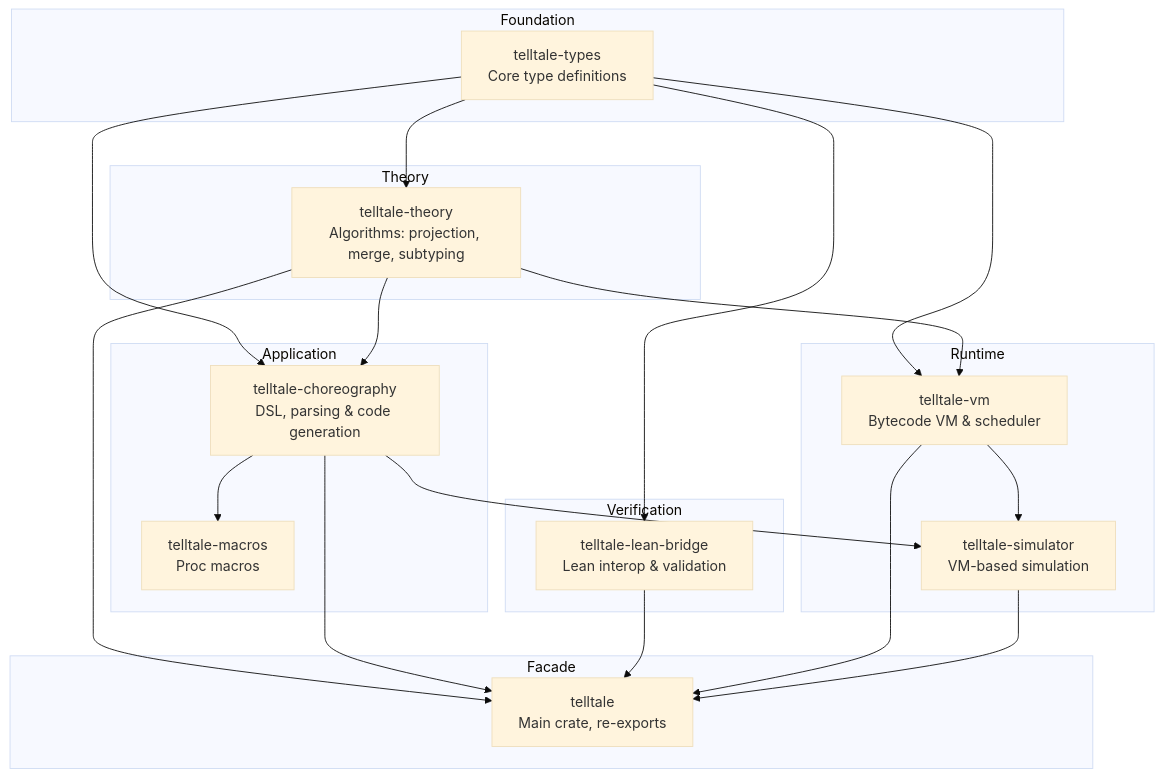
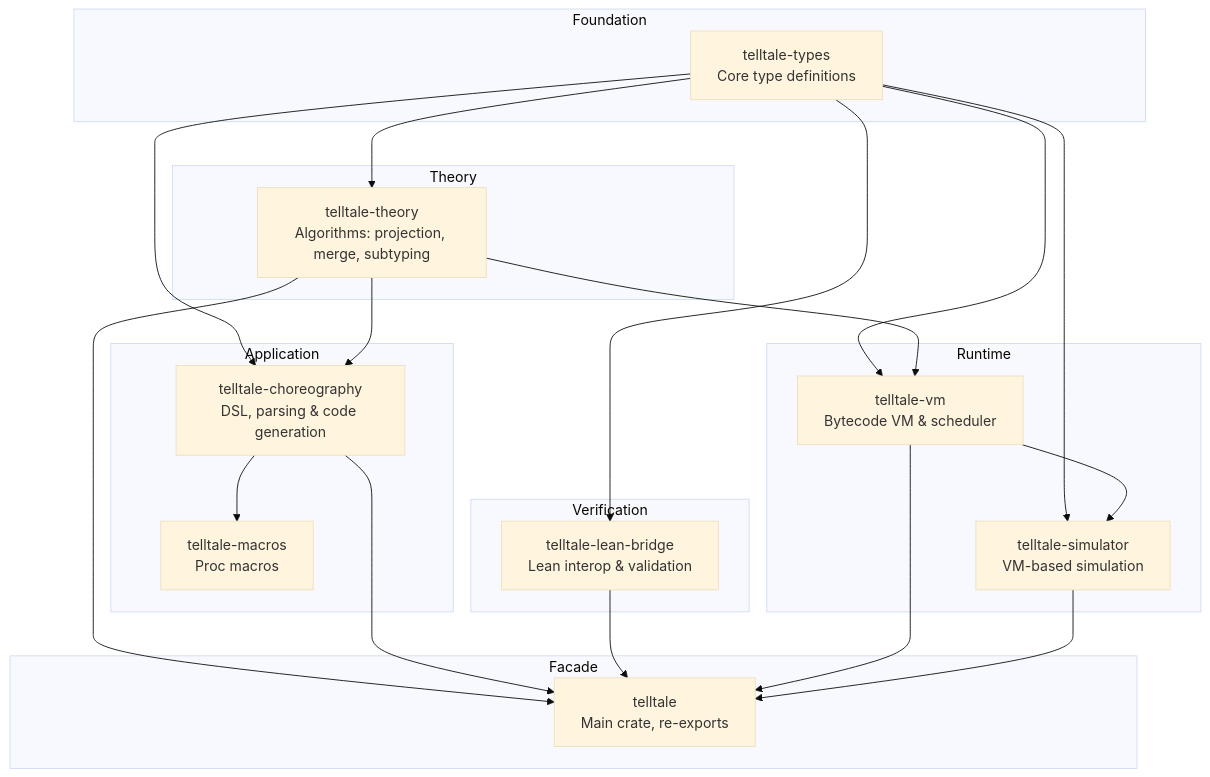
The first of 2 diagrams in docs/03_crate_organization.md (hxrts/telltale), drawn with Mermaid (base theme) before and after one commit. The commit also changed other lines of this file and 154 other files, not shown here.

````diff
--- a/docs/03_crate_organization.md
+++ b/docs/03_crate_organization.md
@@ -7,47 +7,47 @@
 ```mermaid
 graph TB
     subgraph Foundation
         types["telltale-types<br/>Core type definitions"]
     end
 
     subgraph Theory
         theory["telltale-theory<br/>Algorithms: projection, merge, subtyping"]
     end
 
     subgraph Verification
         lean["telltale-lean-bridge<br/>Lean interop & validation"]
     end
 
     subgraph Runtime
         vm["telltale-vm<br/>Bytecode VM & scheduler"]
         simulator["telltale-simulator<br/>VM-based simulation"]
     end
 
     subgraph Application
         choreo["telltale-choreography<br/>DSL, parsing & code generation"]
         macros["telltale-macros<br/>Proc macros"]
     end
 
     subgraph Facade
         main["telltale<br/>Main crate, re-exports"]
     end
 
     types --> theory
     types --> lean
     types --> choreo
     types --> vm
+    types --> simulator
 
     theory --> choreo
     theory --> vm
 
     vm --> simulator
-    choreo --> simulator
 
     choreo --> macros
 
     theory --> main
     choreo --> main
     lean --> main
     vm --> main
     simulator --> main
 ```
````
